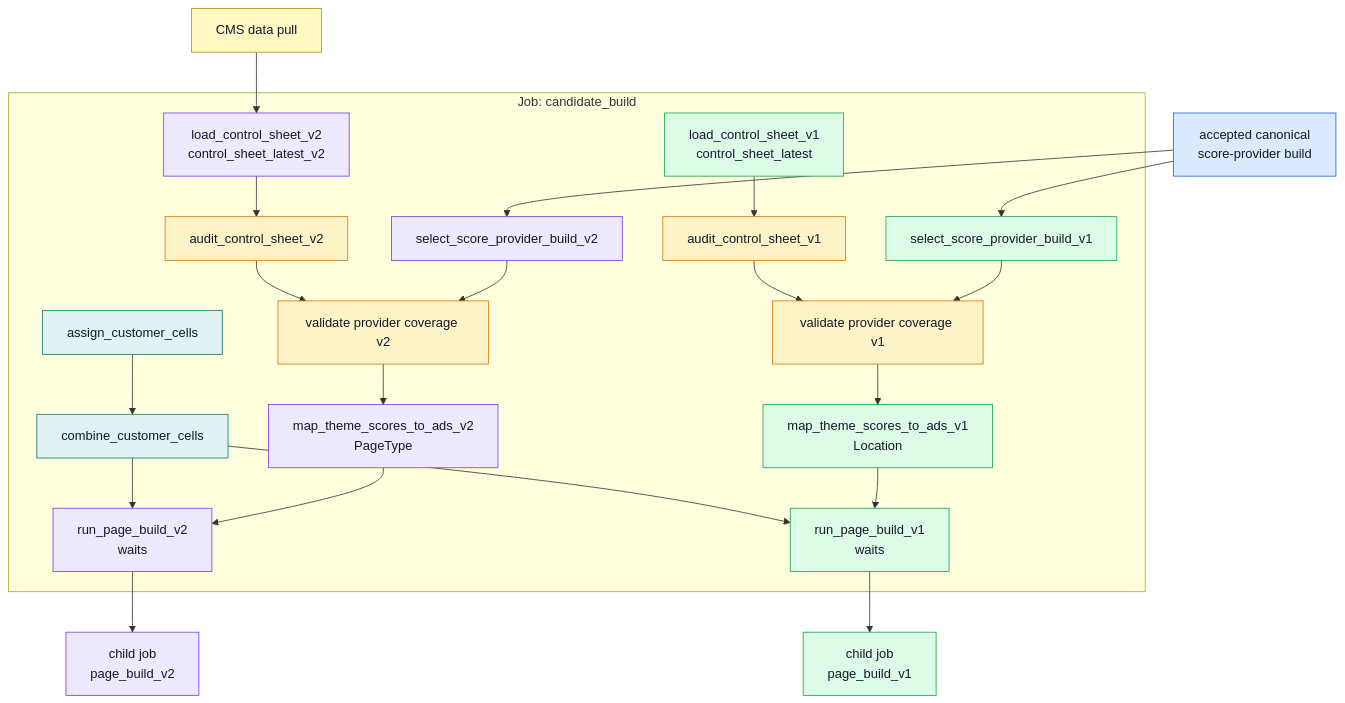
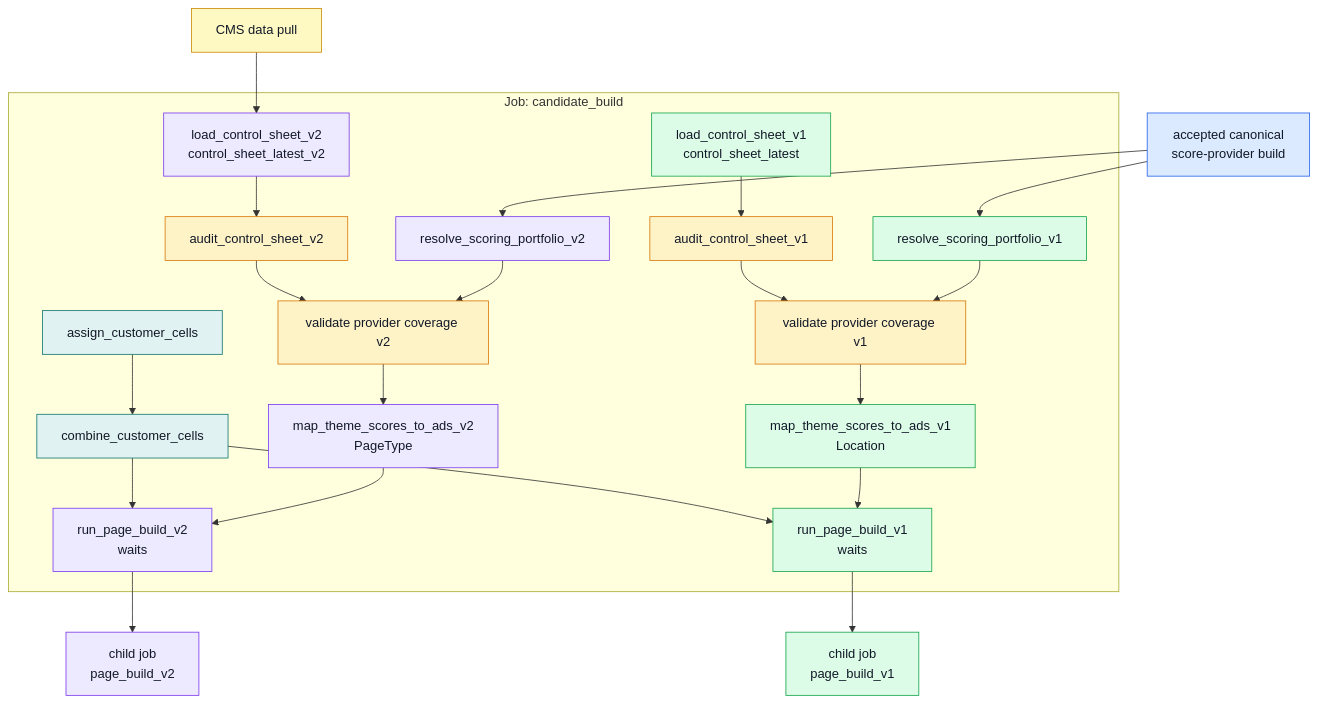
The second of 7 diagrams in docs/CICD/nextads_databricks_runtime_map.md (swblain-glyndwr/personal_project), drawn with Mermaid before and after one commit. The commit also changed other lines of this file and 23 other files, not shown here.

Commit message:
Resolve immutable scoring portfolios

````diff
--- a/docs/CICD/nextads_databricks_runtime_map.md
+++ b/docs/CICD/nextads_databricks_runtime_map.md
@@ -74,47 +74,47 @@
 ```mermaid
 flowchart TD
   classDef sharedModel fill:#dbeafe,stroke:#2563eb,color:#111827
   classDef sharedTask fill:#e0f2f1,stroke:#0f766e,color:#111827
   classDef v1 fill:#dcfce7,stroke:#16a34a,color:#111827
   classDef v2 fill:#ede9fe,stroke:#7c3aed,color:#111827
   classDef guardrail fill:#fef3c7,stroke:#d97706,color:#111827
   classDef external fill:#fef9c3,stroke:#ca8a04,color:#111827
 
   provider_build["accepted canonical<br/>score-provider build"]:::sharedModel
   cms_pull["CMS data pull"]:::external
 
   subgraph CANDIDATE_JOB["Job: candidate_build"]
     assign_customer_cells["assign_customer_cells"]:::sharedTask
     combine_customer_cells["combine_customer_cells"]:::sharedTask
     load_control_sheet_v1["load_control_sheet_v1<br/>control_sheet_latest"]:::v1
     audit_control_sheet_v1["audit_control_sheet_v1"]:::guardrail
     load_control_sheet_v2["load_control_sheet_v2<br/>control_sheet_latest_v2"]:::v2
     audit_control_sheet_v2["audit_control_sheet_v2"]:::guardrail
-    select_provider_v1["select_score_provider_build_v1"]:::v1
-    select_provider_v2["select_score_provider_build_v2"]:::v2
+    select_provider_v1["resolve_scoring_portfolio_v1"]:::v1
+    select_provider_v2["resolve_scoring_portfolio_v2"]:::v2
     validate_provider_coverage_v1["validate provider coverage v1"]:::guardrail
     validate_provider_coverage_v2["validate provider coverage v2"]:::guardrail
     map_theme_scores_to_ads_v1["map_theme_scores_to_ads_v1<br/>Location"]:::v1
     map_theme_scores_to_ads_v2["map_theme_scores_to_ads_v2<br/>PageType"]:::v2
     run_page_build_v1["run_page_build_v1<br/>waits"]:::v1
     run_page_build_v2["run_page_build_v2<br/>waits"]:::v2
   end
 
   assign_customer_cells --> combine_customer_cells
   load_control_sheet_v1 --> audit_control_sheet_v1
   cms_pull --> load_control_sheet_v2 --> audit_control_sheet_v2
   provider_build --> select_provider_v1
   provider_build --> select_provider_v2
   audit_control_sheet_v1 --> validate_provider_coverage_v1
   select_provider_v1 --> validate_provider_coverage_v1
   audit_control_sheet_v2 --> validate_provider_coverage_v2
   select_provider_v2 --> validate_provider_coverage_v2
   validate_provider_coverage_v1 --> map_theme_scores_to_ads_v1
   validate_provider_coverage_v2 --> map_theme_scores_to_ads_v2
   combine_customer_cells --> run_page_build_v1
   map_theme_scores_to_ads_v1 --> run_page_build_v1
   combine_customer_cells --> run_page_build_v2
   map_theme_scores_to_ads_v2 --> run_page_build_v2
   run_page_build_v1 --> page_build["child job<br/>page_build_v1"]:::v1
   run_page_build_v2 --> page_build_v2["child job<br/>page_build_v2"]:::v2
 ```
````
